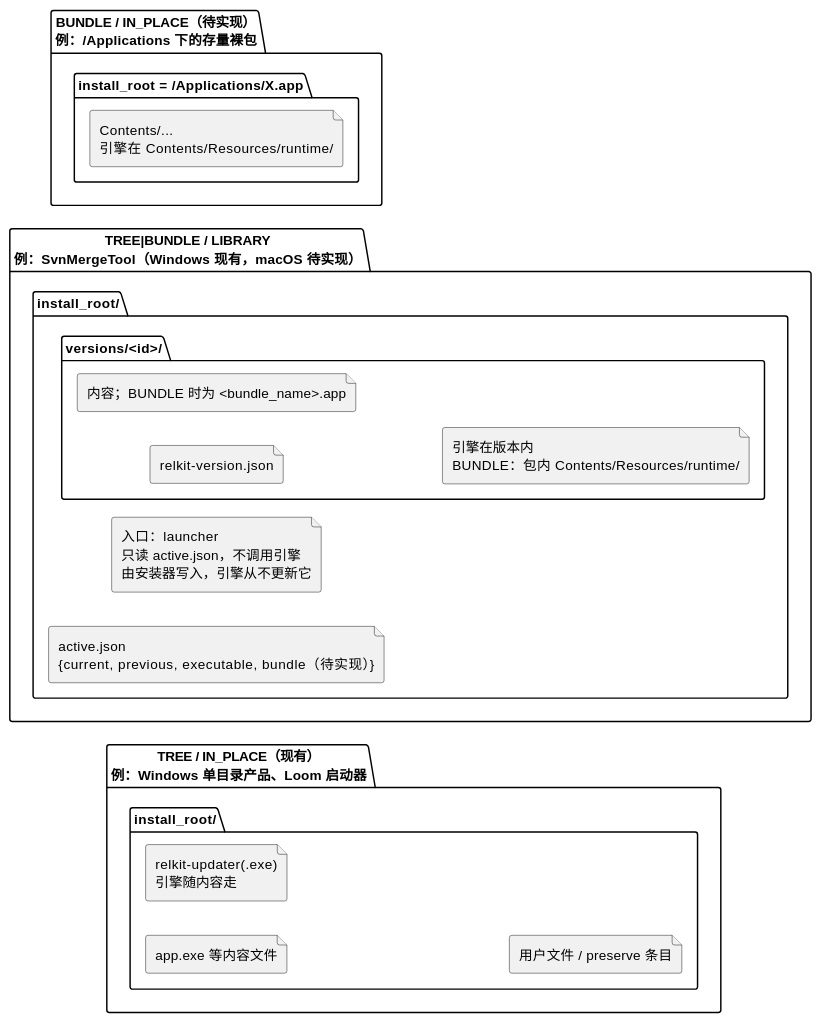
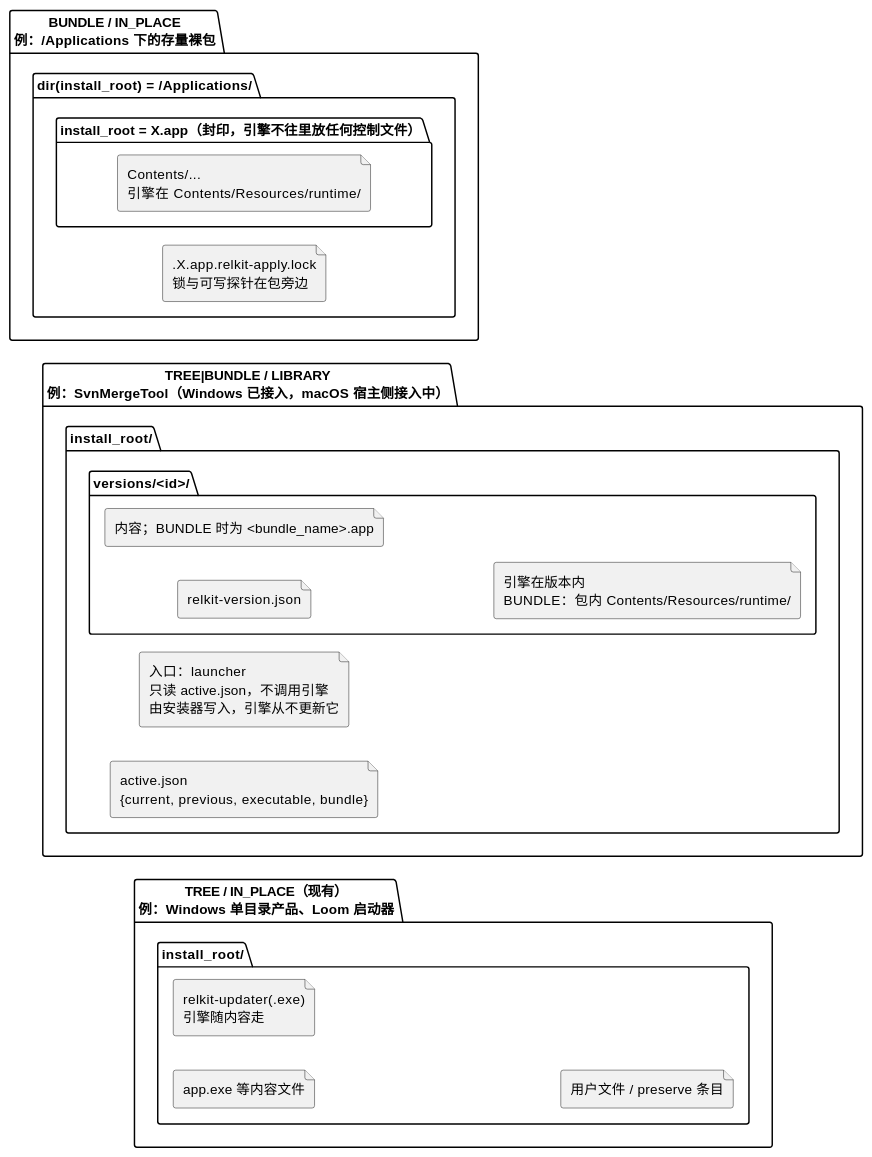
One commit to shichao402/relkit changed the seventh of 10 diagrams in docs/design/topology.md. Above: the diagram before and after it, drawn with PlantUML. The commit also changed other lines of this file and 4 other files, not shown here.

````diff
--- a/docs/design/topology.md
+++ b/docs/design/topology.md
@@ -361,33 +361,36 @@
 ```plantuml
 @startuml
 skinparam shadowing false
 skinparam componentStyle rectangle
 left to right direction
 
 package "TREE / IN_PLACE（现有）\n例：Windows 单目录产品、Loom 启动器" as A {
   folder "install_root/" as a_root {
     file "app.exe 等内容文件" as a_files
     file "relkit-updater(.exe)\n引擎随内容走" as a_eng
     file "用户文件 / preserve 条目" as a_user
   }
 }
 
-package "TREE|BUNDLE / LIBRARY\n例：SvnMergeTool（Windows 现有，macOS 待实现）" as B {
+package "TREE|BUNDLE / LIBRARY\n例：SvnMergeTool（Windows 已接入，macOS 宿主侧接入中）" as B {
   folder "install_root/" as b_root {
     file "入口：launcher\n只读 active.json，不调用引擎\n由安装器写入，引擎从不更新它" as b_launch
-    file "active.json\n{current, previous, executable, bundle（待实现）}" as b_active
+    file "active.json\n{current, previous, executable, bundle}" as b_active
     folder "versions/<id>/" as b_ver {
       file "relkit-version.json" as b_vj
       file "内容；BUNDLE 时为 <bundle_name>.app" as b_c
       file "引擎在版本内\nBUNDLE：包内 Contents/Resources/runtime/" as b_eng
     }
   }
 }
 
-package "BUNDLE / IN_PLACE（待实现）\n例：/Applications 下的存量裸包" as C {
-  folder "install_root = /Applications/X.app" as c_root {
-    file "Contents/...\n引擎在 Contents/Resources/runtime/" as c_c
+package "BUNDLE / IN_PLACE\n例：/Applications 下的存量裸包" as C {
+  folder "dir(install_root) = /Applications/" as c_dir {
+    folder "install_root = X.app（封印，引擎不往里放任何控制文件）" as c_root {
+      file "Contents/...\n引擎在 Contents/Resources/runtime/" as c_c
+    }
+    file ".X.app.relkit-apply.lock\n锁与可写探针在包旁边" as c_lock
   }
 }
 @enduml
 ```
````
